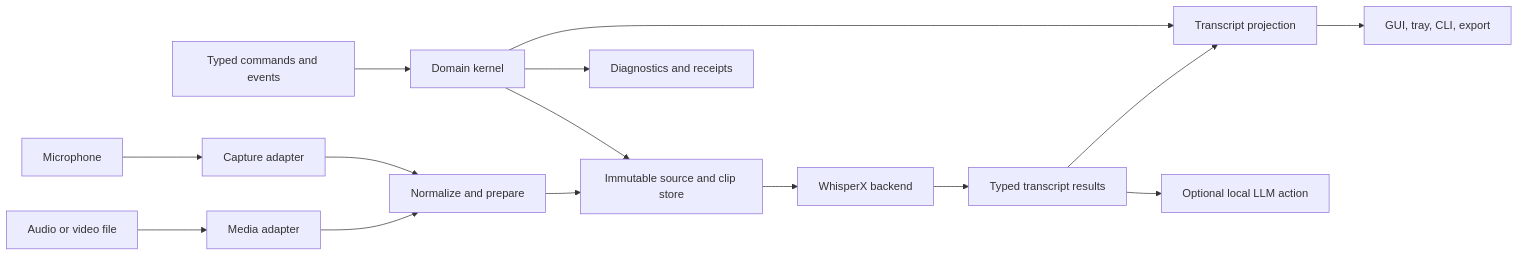
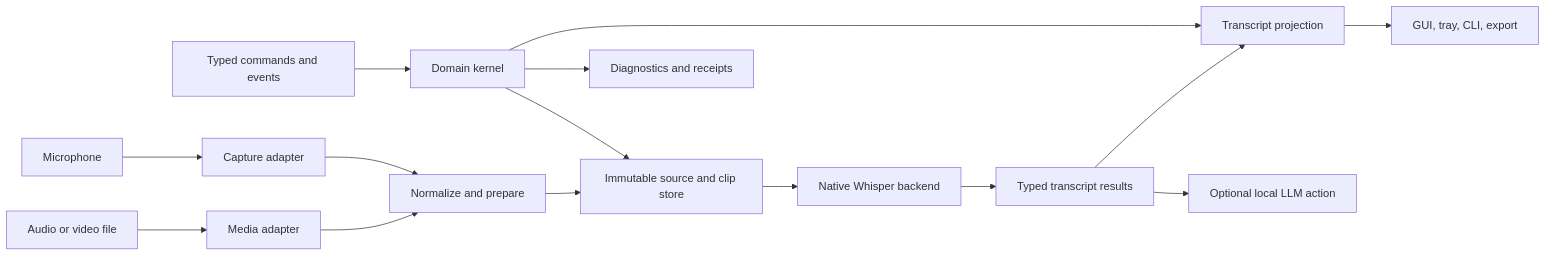
The diagram in PLAN.md (TeamDman/teamy-transcriber), drawn with Mermaid before and after one commit. The commit also changed other lines of this file and 15 other files, not shown here.

Commit message:
Implement native Rust Whisper transcription

```diff
--- a/PLAN.md
+++ b/PLAN.md
@@ -147,17 +176,17 @@
 ~~~mermaid
 flowchart LR
     A[Audio or video file] --> M[Media adapter]
     B[Microphone] --> C[Capture adapter]
     M --> N[Normalize and prepare]
     C --> N
     N --> S[Immutable source and clip store]
-    S --> T[WhisperX backend]
+    S --> T[Native Whisper backend]
     T --> R[Typed transcript results]
     R --> P[Transcript projection]
     R --> L[Optional local LLM action]
     P --> V[GUI, tray, CLI, export]
     E[Typed commands and events] --> K[Domain kernel]
     K --> S
     K --> P
     K --> D[Diagnostics and receipts]
 ~~~
```
